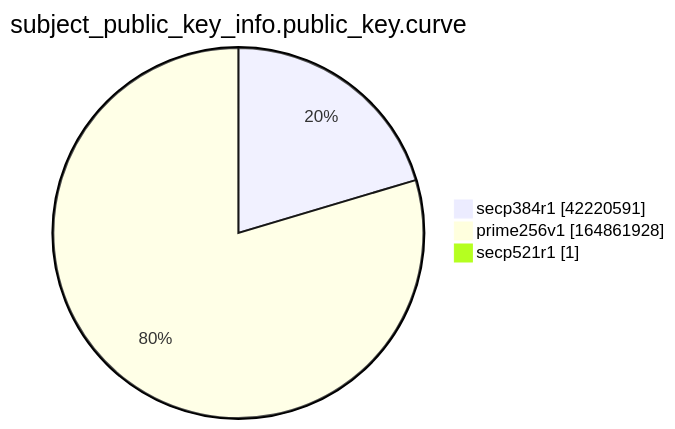
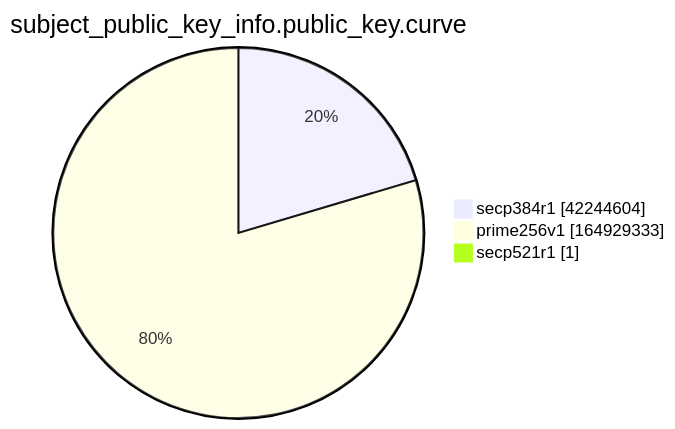
The ninth of 15 diagrams in xenon2022/README.md (christiankrug/ctmonitor_visualization), drawn with Mermaid before and after one commit. The commit also changed other lines of this file, not shown here.

````diff
--- a/xenon2022/README.md
+++ b/xenon2022/README.md
@@ -2869,7 +2869,7 @@
 ```mermaid
 pie showData
 title subject_public_key_info.public_key.curve
-"secp384r1" :42220591
-"prime256v1" :164861928
+"secp384r1" :42244604
+"prime256v1" :164929333
 "secp521r1" :1
 ```
````
